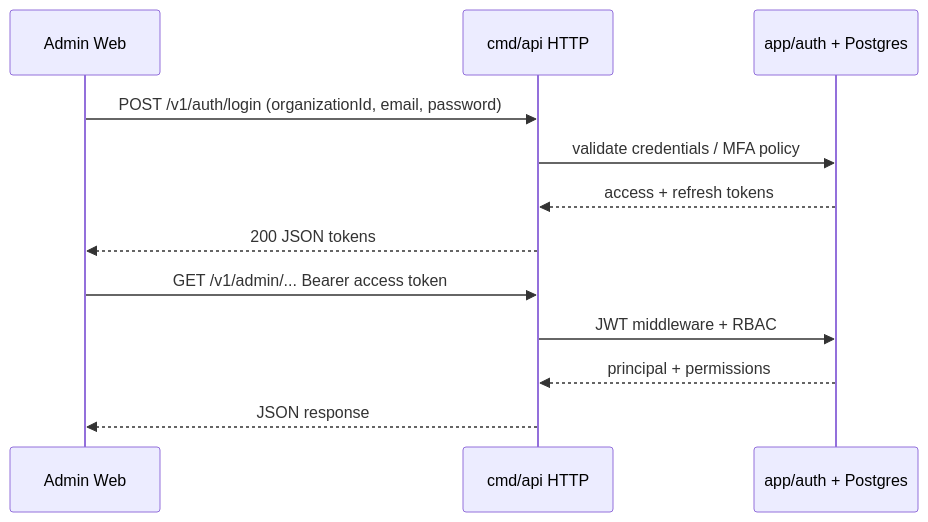
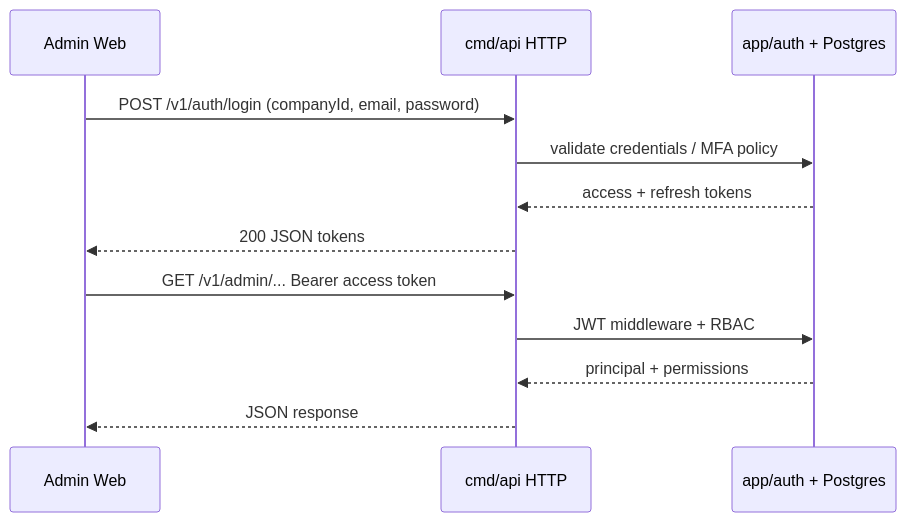
The first of 4 diagrams in docs/architecture/data-flow.md (leduytuanvu/avf-vending-api), drawn with Mermaid before and after one commit. The commit also changed 686 other files, not shown here.

First line of the commit message:
feat: consolidate single-company scope after organization removal

````diff
--- a/docs/architecture/data-flow.md
+++ b/docs/architecture/data-flow.md
@@ -9,15 +9,15 @@
 ```mermaid
 sequenceDiagram
   participant Admin as Admin Web
   participant API as cmd/api HTTP
   participant Auth as app/auth + Postgres
 
-  Admin->>API: POST /v1/auth/login (organizationId, email, password)
+  Admin->>API: POST /v1/auth/login (companyId, email, password)
   API->>Auth: validate credentials / MFA policy
   Auth-->>API: access + refresh tokens
   API-->>Admin: 200 JSON tokens
   Admin->>API: GET /v1/admin/... Bearer access token
   API->>Auth: JWT middleware + RBAC
   Auth-->>API: principal + permissions
   API-->>Admin: JSON response
 ```
````
